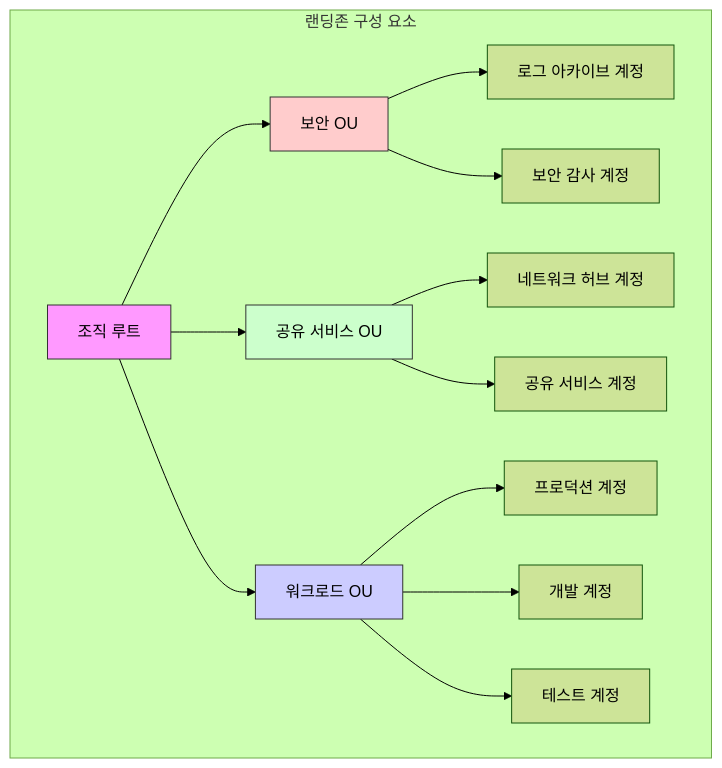
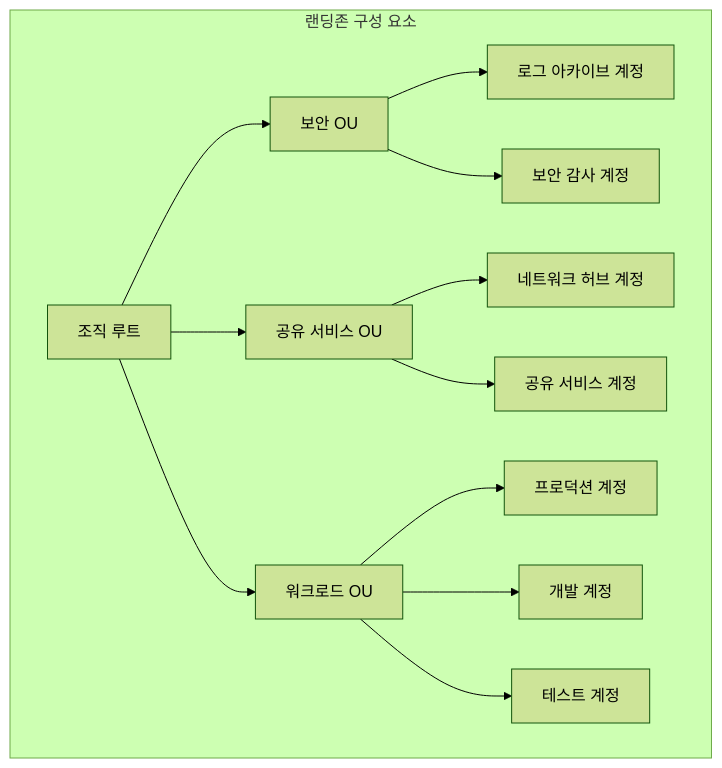
Before and after one commit to cloudpickr/cloudpick-docs: the diagram in governance/landing-zone.md, drawn with Mermaid (forest theme).

Commit message:
fix: landing-zone.md Mermaid 커스텀 fill 색상 제거 (다크모드 가독성)

````diff
--- a/governance/landing-zone.md
+++ b/governance/landing-zone.md
@@ -28,19 +28,15 @@
 ```mermaid
 graph TB
     subgraph "랜딩존 구성 요소"
         A[조직 루트] --> B[보안 OU]
         A --> C[공유 서비스 OU]
         A --> D[워크로드 OU]
         B --> B1[로그 아카이브 계정]
         B --> B2[보안 감사 계정]
         C --> C1[네트워크 허브 계정]
         C --> C2[공유 서비스 계정]
         D --> D1[프로덕션 계정]
         D --> D2[개발 계정]
         D --> D3[테스트 계정]
     end
-    style A fill:#f9f,stroke:#333
-    style B fill:#fcc,stroke:#333
-    style C fill:#cfc,stroke:#333
-    style D fill:#ccf,stroke:#333
 ```
````
